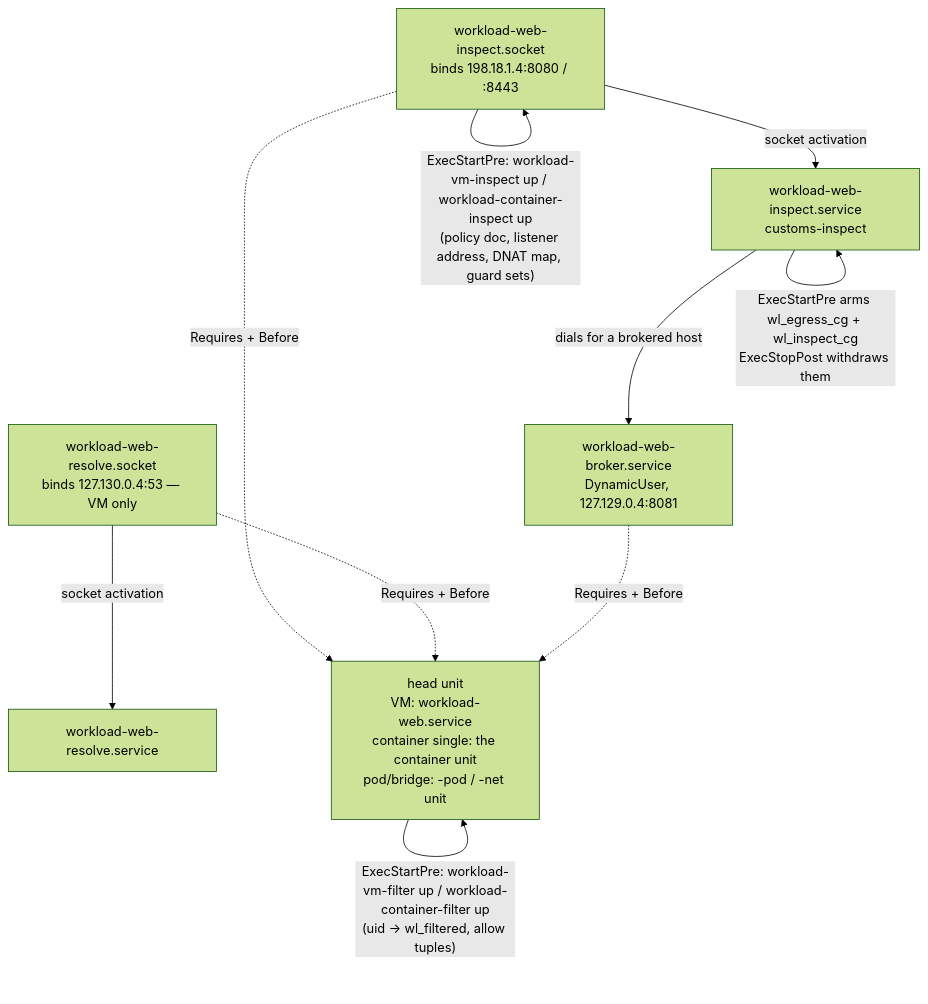
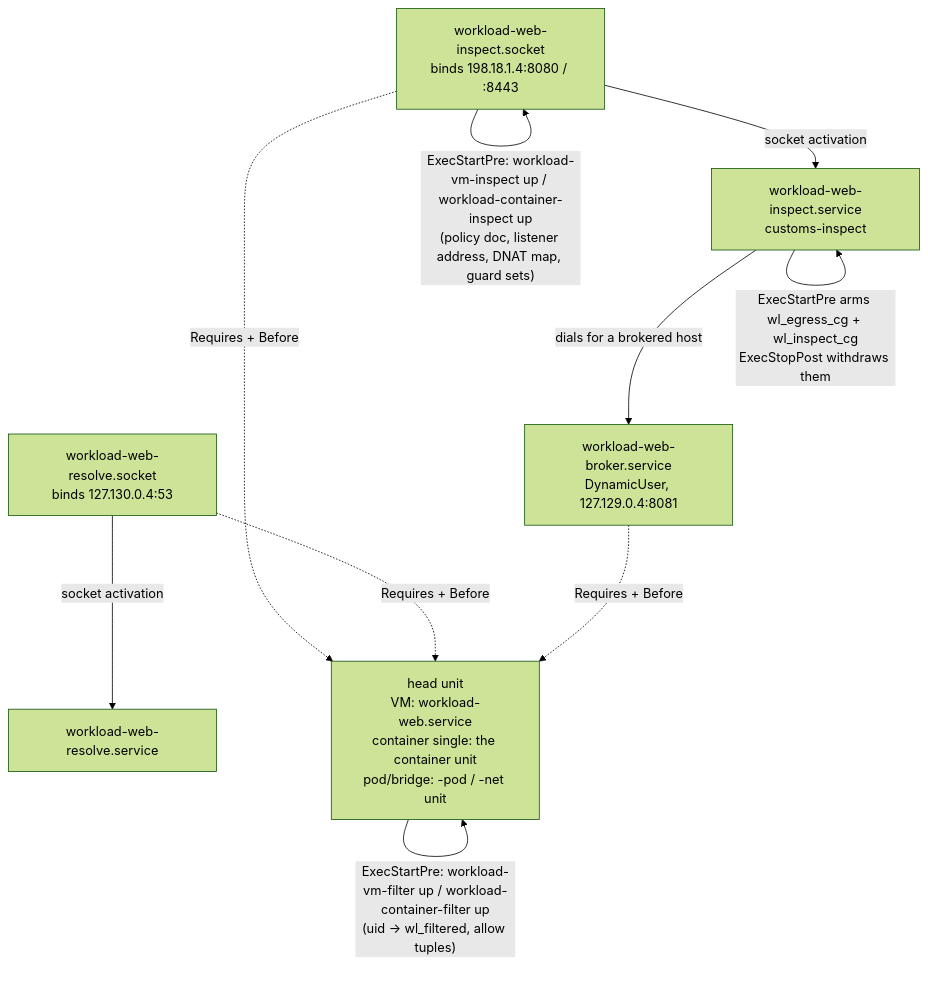
One commit to BenSmith/workloadctl changed the third of 7 diagrams in docs/egress-and-broker-architecture.md. Above: the diagram before and after it, drawn with Mermaid (forest theme). The commit also changed other lines of this file and 35 other files, not shown here.

````diff
--- a/docs/egress-and-broker-architecture.md
+++ b/docs/egress-and-broker-architecture.md
@@ -101,20 +101,20 @@
 ```mermaid
 flowchart TD
   IS["workload-web-inspect.socket<br/>binds 198.18.1.4:8080 / :8443"]
-  RS["workload-web-resolve.socket<br/>binds 127.130.0.4:53 — VM only"]
+  RS["workload-web-resolve.socket<br/>binds 127.130.0.4:53"]
   ISVC["workload-web-inspect.service<br/>customs-inspect"]
   RSVC["workload-web-resolve.service"]
   BR["workload-web-broker.service<br/>DynamicUser, 127.129.0.4:8081"]
   HEAD["head unit<br/>VM: workload-web.service<br/>container single: the container unit<br/>pod/bridge: -pod / -net unit"]
 
   IS -- "ExecStartPre: workload-vm-inspect up / workload-container-inspect up<br/>(policy doc, listener address, DNAT map, guard sets)" --> IS
   HEAD -- "ExecStartPre: workload-vm-filter up / workload-container-filter up<br/>(uid → wl_filtered, allow tuples)" --> HEAD
 
   IS -.->|Requires + Before| HEAD
   RS -.->|Requires + Before| HEAD
   BR -.->|Requires + Before| HEAD
   IS -->|socket activation| ISVC
   RS -->|socket activation| RSVC
   ISVC -- "ExecStartPre arms wl_egress_cg + wl_inspect_cg<br/>ExecStopPost withdraws them" --> ISVC
   ISVC -->|dials for a brokered host| BR
 ```
````
